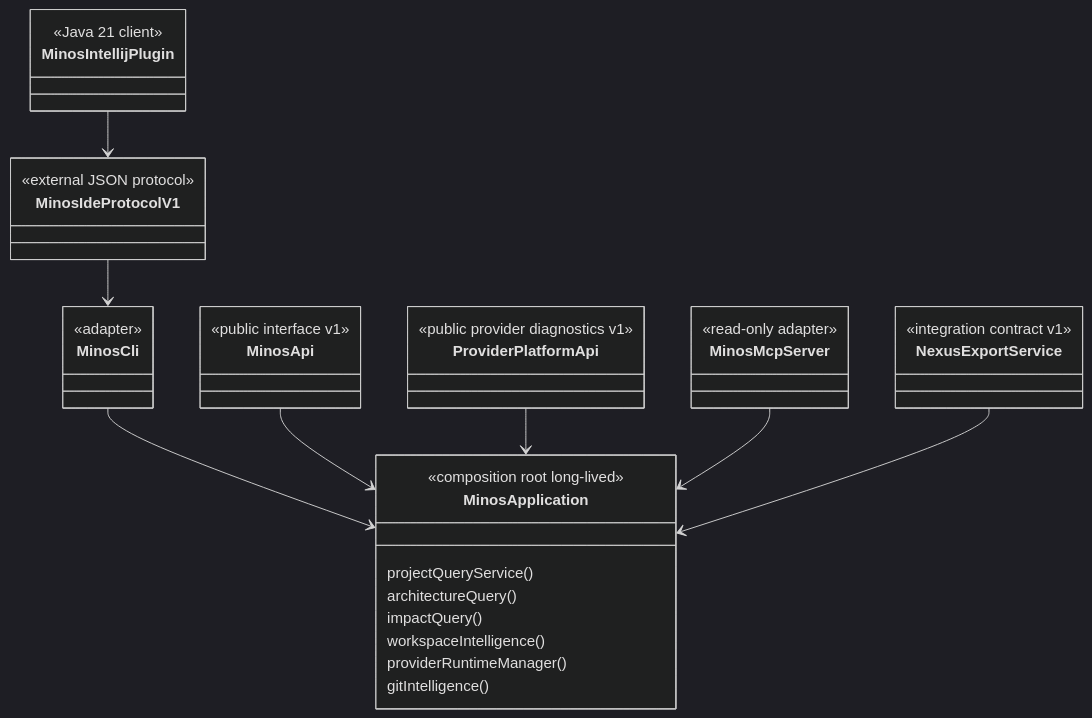
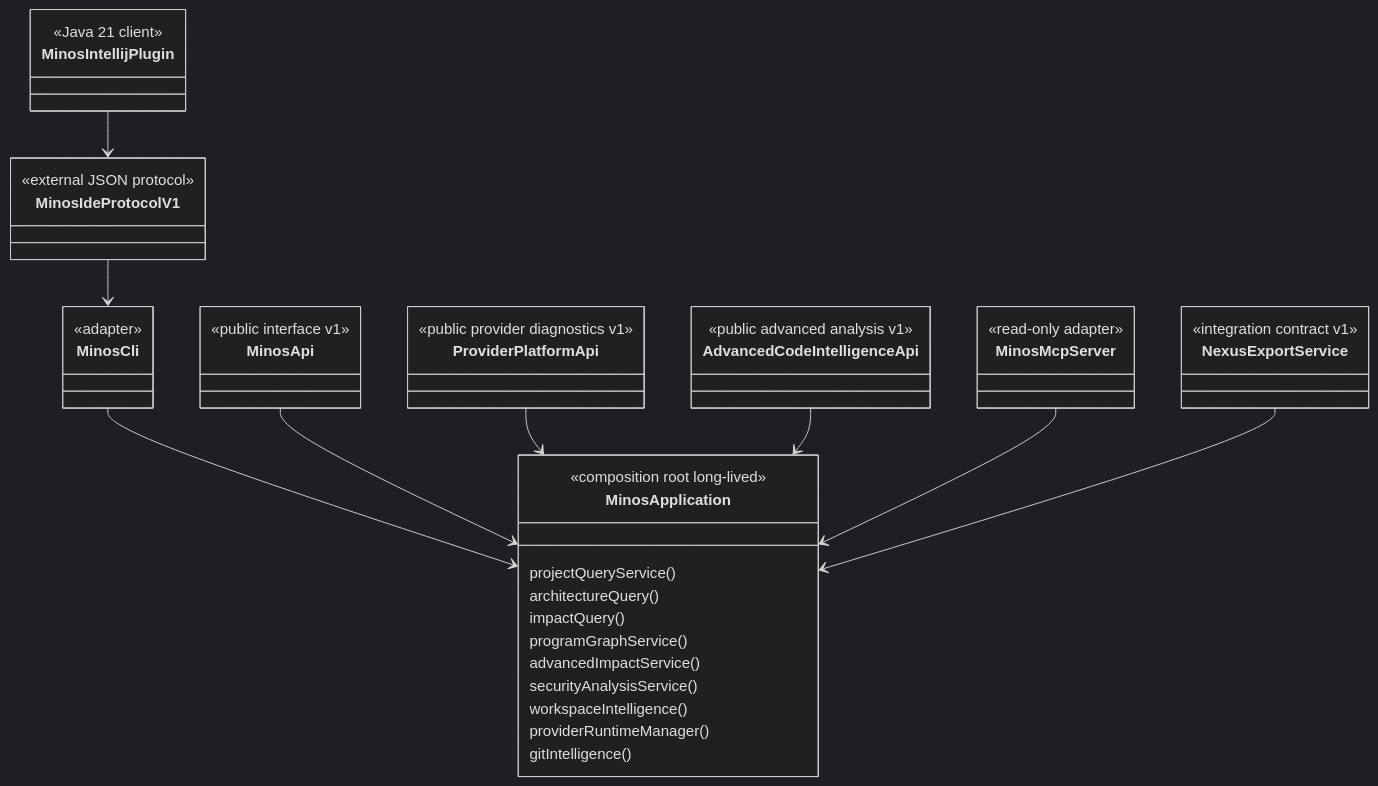
Before and after one commit to FTurleque/minos-code-intelligence: the diagram in docs/developer/public-surfaces.md, drawn with Mermaid (dark theme). The commit also changed other lines of this file, not shown here.

Commit message:
docs(m19): document advanced public surfaces

````diff
--- a/docs/developer/public-surfaces.md
+++ b/docs/developer/public-surfaces.md
@@ -9,27 +9,32 @@
 ```mermaid
 classDiagram
     class MinosApplication {
       <<composition root long-lived>>
       projectQueryService()
       architectureQuery()
       impactQuery()
+      programGraphService()
+      advancedImpactService()
+      securityAnalysisService()
       workspaceIntelligence()
       providerRuntimeManager()
       gitIntelligence()
     }
     class MinosCli { <<adapter>> }
     class MinosIdeProtocolV1 { <<external JSON protocol>> }
     class MinosIntellijPlugin { <<Java 21 client>> }
     class MinosApi { <<public interface v1>> }
     class ProviderPlatformApi { <<public provider diagnostics v1>> }
+    class AdvancedCodeIntelligenceApi { <<public advanced analysis v1>> }
     class MinosMcpServer { <<read-only adapter>> }
     class NexusExportService { <<integration contract v1>> }
 
     MinosCli --> MinosApplication
     MinosIdeProtocolV1 --> MinosCli
     MinosIntellijPlugin --> MinosIdeProtocolV1
     MinosApi --> MinosApplication
     ProviderPlatformApi --> MinosApplication
+    AdvancedCodeIntelligenceApi --> MinosApplication
     MinosMcpServer --> MinosApplication
     NexusExportService --> MinosApplication
 ```
````
